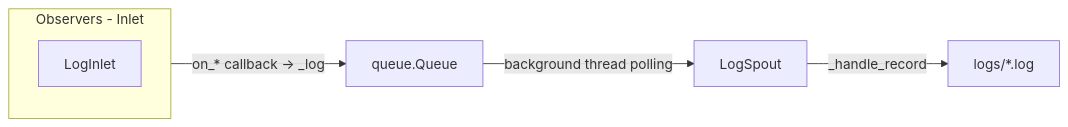
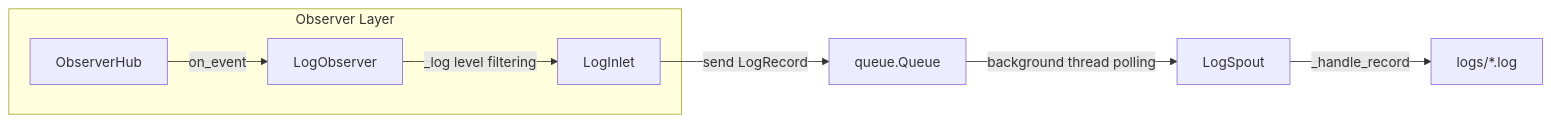
The diagram in docs/en/src/persist/core_log.md (Mr-xiaotian/CelestialFlow), drawn with Mermaid before and after one commit. The commit also changed other lines of this file and 176 other files, not shown here.

````diff
--- a/docs/en/src/persist/core_log.md
+++ b/docs/en/src/persist/core_log.md
@@ -13,9 +13,10 @@
 ```mermaid
 flowchart LR
-    subgraph Observer[Observers - Inlet]
-        Inlet[LogInlet]
+    subgraph EventLayer["Observer Layer"]
+        Hub[ObserverHub] -->|on_event| Obs[LogObserver]
+        Obs -->|_log level filtering| Inlet[LogInlet]
     end
-    Observer -->|on_* callback -> _log| Queue[queue.Queue]
+    Inlet -->|send LogRecord| Queue[queue.Queue]
     Queue -->|background thread polling| Spout[LogSpout]
     Spout -->|_handle_record| File[logs/*.log]
 ```
````
